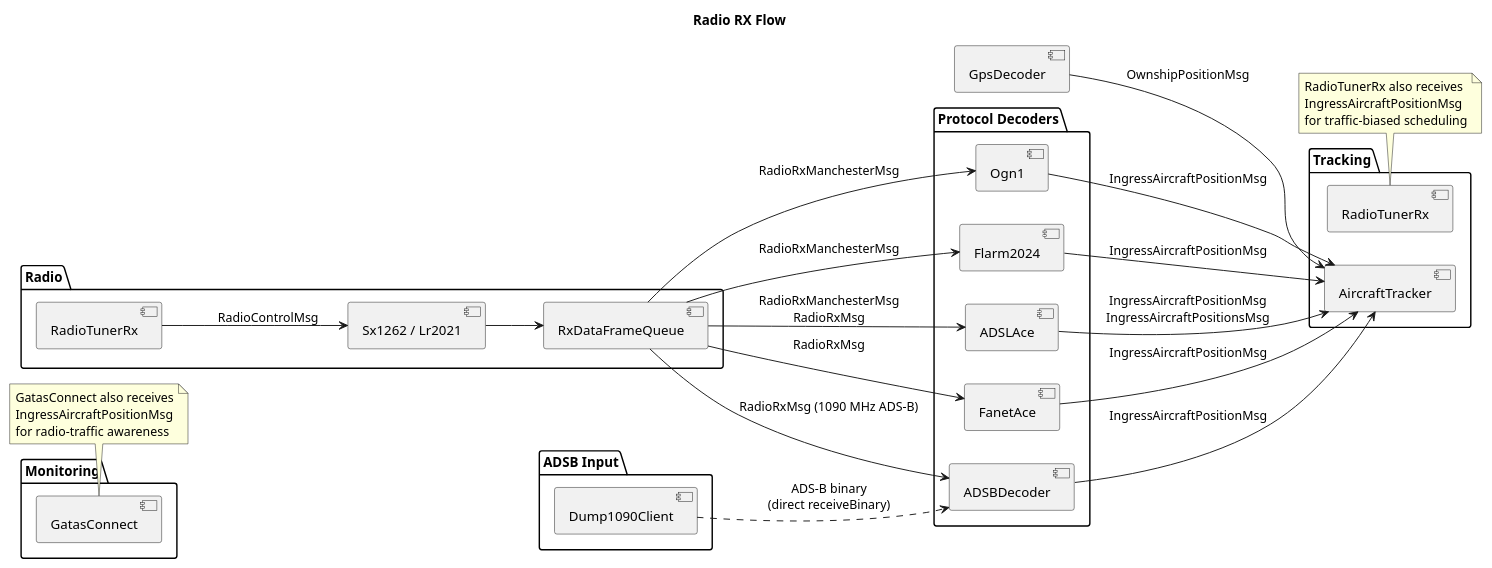
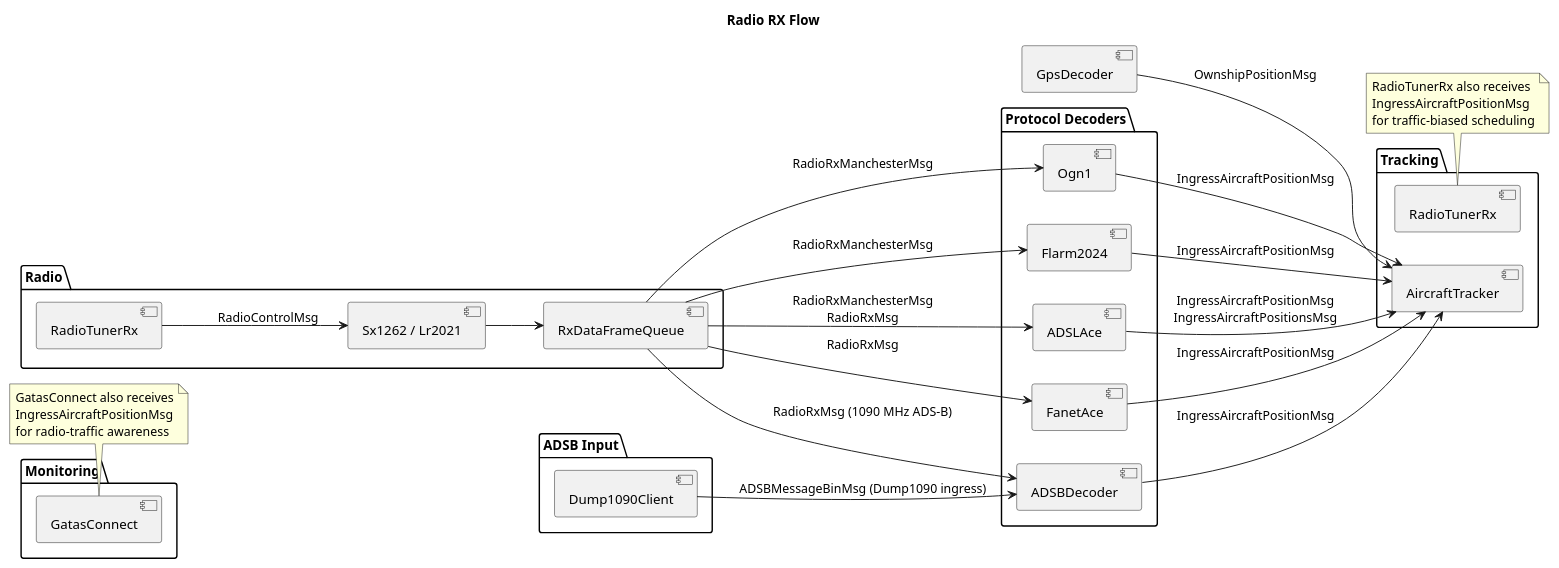
The third of 7 diagrams in doc/message-bus.md (gatasConspicuity/gatas), drawn with PlantUML before and after one commit. The commit also changed other lines of this file and 73 other files, not shown here.

````diff
--- a/doc/message-bus.md
+++ b/doc/message-bus.md
@@ -216,59 +226,59 @@
 ```plantuml
 
 ' =====================================================================
 ' RADIO RX FLOW
 ' =====================================================================
 @startuml
 title Radio RX Flow
 
 left to right direction
 
 package "Radio" {
     [Sx1262 / Lr2021]
     [RxDataFrameQueue]
     [RadioTunerRx]
 }
 
 package "ADSB Input" {
     [Dump1090Client]
 }
 
 package "Protocol Decoders" {
     [Ogn1]
     [Flarm2024]
     [ADSLAce]
     [FanetAce]
     [ADSBDecoder]
 }
 
 package "Tracking" {
     [AircraftTracker]
     [RadioTunerRx] as RTRx2
 }
 
 package "Monitoring" {
     [GatasConnect]
 }
 
 [RadioTunerRx] --> [Sx1262 / Lr2021] : RadioControlMsg
 [Sx1262 / Lr2021] --> [RxDataFrameQueue]
 [RxDataFrameQueue] --> [Ogn1] : RadioRxManchesterMsg
 [RxDataFrameQueue] --> [Flarm2024] : RadioRxManchesterMsg
 [RxDataFrameQueue] --> [ADSLAce] : RadioRxManchesterMsg\nRadioRxMsg
 [RxDataFrameQueue] --> [FanetAce] : RadioRxMsg
 [RxDataFrameQueue] --> [ADSBDecoder] : RadioRxMsg (1090 MHz ADS-B)
-[Dump1090Client] ..> [ADSBDecoder] : ADS-B binary\n(direct receiveBinary)
+[Dump1090Client] --> [ADSBDecoder] : ADSBMessageBinMsg (Dump1090 ingress)
 
 [Ogn1] --> [AircraftTracker] : IngressAircraftPositionMsg
 [Flarm2024] --> [AircraftTracker] : IngressAircraftPositionMsg
 [ADSLAce] --> [AircraftTracker] : IngressAircraftPositionMsg\nIngressAircraftPositionsMsg
 [FanetAce] --> [AircraftTracker] : IngressAircraftPositionMsg
 [ADSBDecoder] --> [AircraftTracker] : IngressAircraftPositionMsg
 [GpsDecoder] --> [AircraftTracker] : OwnshipPositionMsg
 
 note bottom of GatasConnect : GatasConnect also receives\nIngressAircraftPositionMsg\nfor radio-traffic awareness
 
 note bottom of RTRx2 : RadioTunerRx also receives\nIngressAircraftPositionMsg\nfor traffic-biased scheduling
 
 @enduml
 ```
````
